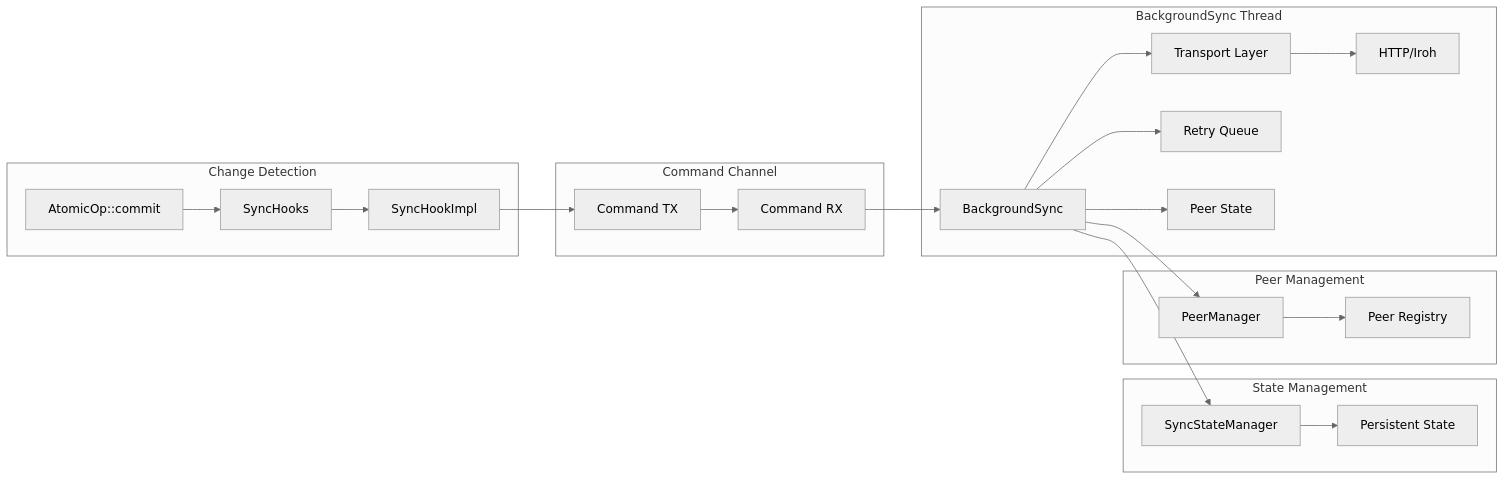
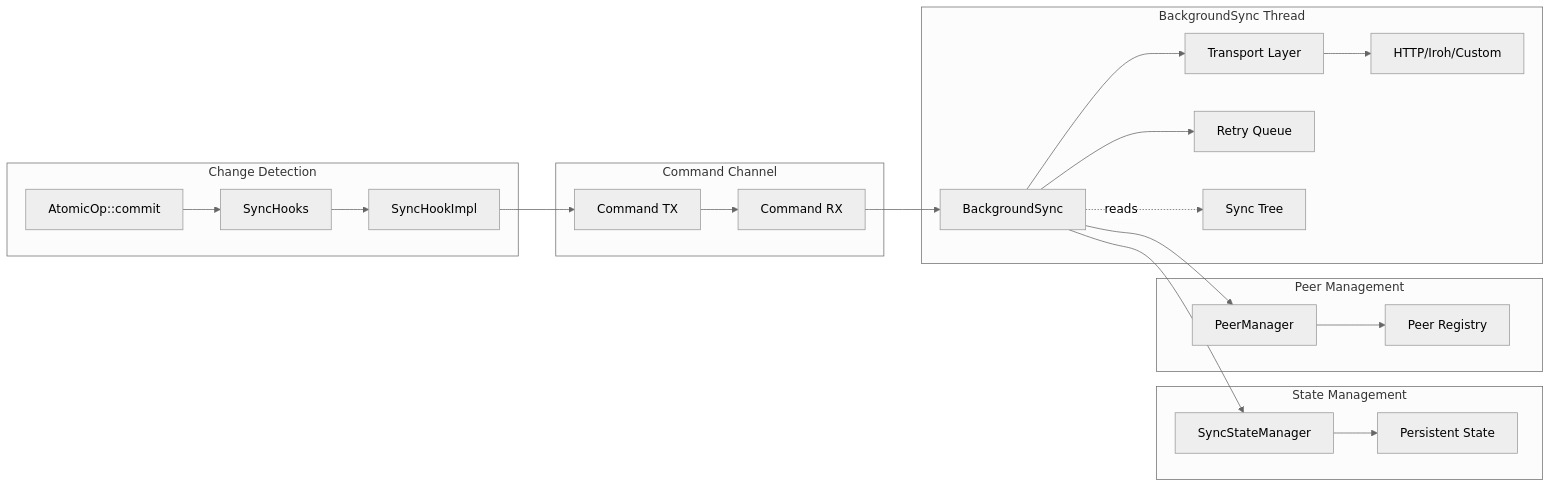
The diagram in docs/src/design/synchronization.md (arcuru/eidetica), drawn with Mermaid (neutral theme) before and after one commit. The commit also changed other lines of this file and 14 other files, not shown here.

First line of the commit message:
refactor(sync): migrate peer state to sync tree storage

````diff
--- a/docs/src/design/synchronization.md
+++ b/docs/src/design/synchronization.md
@@ -232,30 +242,30 @@
 ```mermaid
 graph LR
     subgraph "Change Detection"
         A[AtomicOp::commit] --> B[SyncHooks]
         B --> C[SyncHookImpl]
     end
 
     subgraph "Command Channel"
         C --> D[Command TX]
         D --> E[Command RX]
     end
 
     subgraph "BackgroundSync Thread"
         E --> F[BackgroundSync]
         F --> G[Transport Layer]
-        G --> H[HTTP/Iroh]
+        G --> H[HTTP/Iroh/Custom]
         F --> I[Retry Queue]
-        F --> J[Peer State]
+        F -.->|reads| ST[Sync Tree]
     end
 
     subgraph "State Management"
         K[SyncStateManager] --> L[Persistent State]
         F --> K
     end
 
     subgraph "Peer Management"
         M[PeerManager] --> N[Peer Registry]
         F --> M
     end
 ```
````
